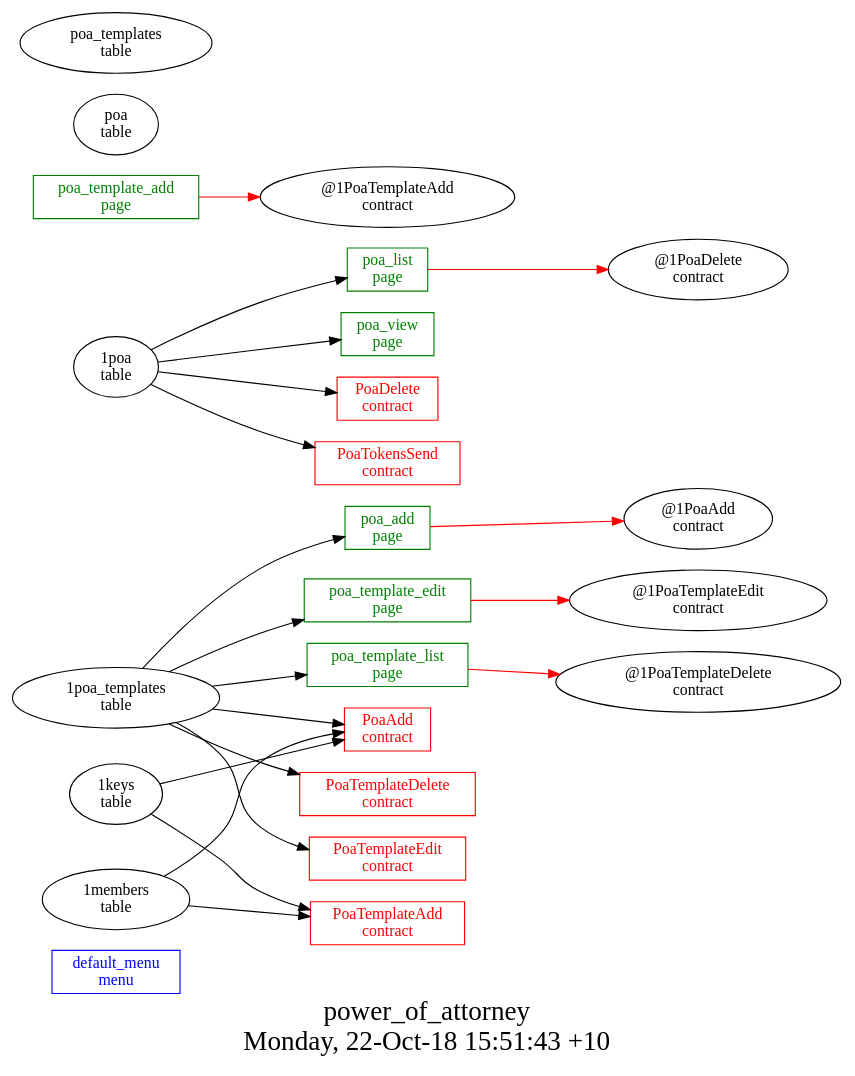
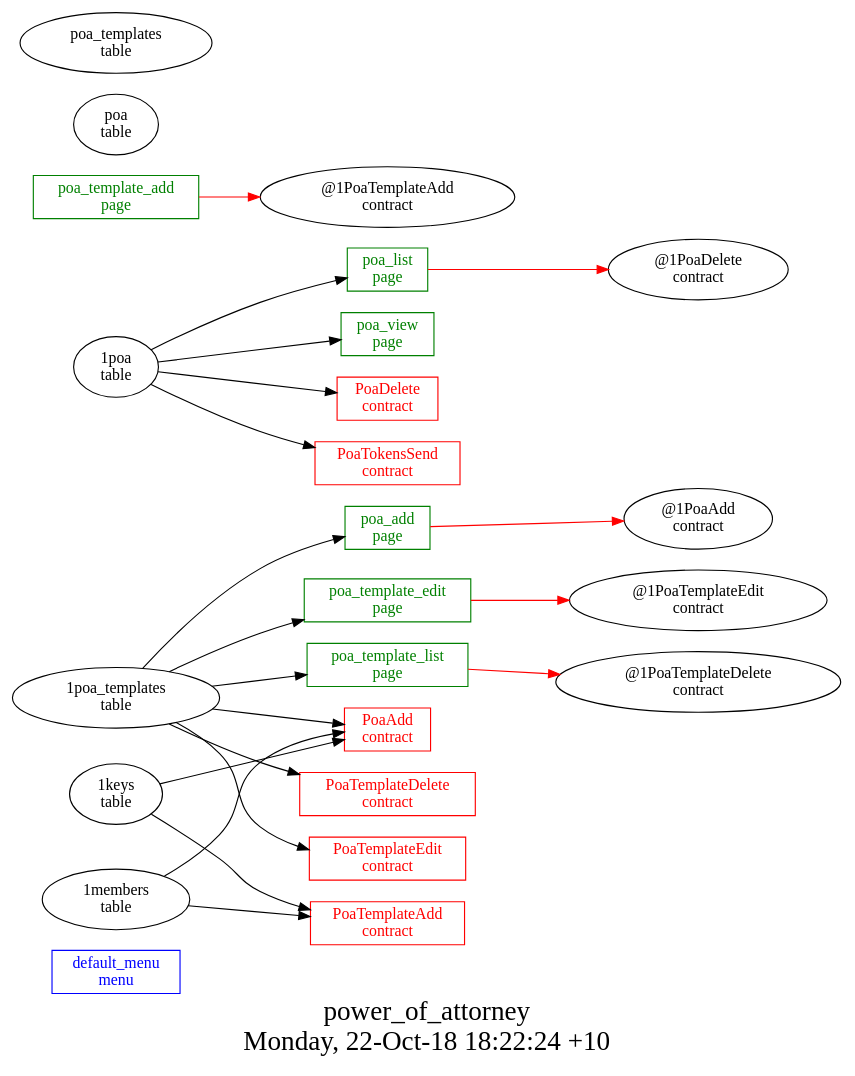
Before and after one commit to AplaProject/apps: the diagram in other/power_of_attorney/struct.dot, drawn with Graphviz. The commit also changed 25 other files, not shown here.

```diff
--- a/other/power_of_attorney/struct.dot
+++ b/other/power_of_attorney/struct.dot
@@ -1,42 +1,42 @@
 digraph G {
 fontsize="24";
-label="power_of_attorney\nMonday, 22-Oct-18 15:51:43 +10";
+label="power_of_attorney\nMonday, 22-Oct-18 18:22:24 +10";
 nojustify=true;
 ordering=out;
 rankdir=LR;
 size="30";
 "default_menu\nmenu" [color=blue, fontcolor=blue, group=menus, shape=record];
 "poa_add\npage" -> "@1PoaAdd\ncontract"  [ color=red ]
 "1poa_templates\ntable" -> "poa_add\npage"
 "poa_add\npage" [color=green, fontcolor=green, group=pages, shape=record];
 "poa_list\npage" -> "@1PoaDelete\ncontract"  [ color=red ]
 "1poa\ntable" -> "poa_list\npage"
 "poa_list\npage" [color=green, fontcolor=green, group=pages, shape=record];
 "poa_template_add\npage" -> "@1PoaTemplateAdd\ncontract"  [ color=red ]
 "poa_template_add\npage" [color=green, fontcolor=green, group=pages, shape=record];
 "poa_template_edit\npage" -> "@1PoaTemplateEdit\ncontract"  [ color=red ]
 "1poa_templates\ntable" -> "poa_template_edit\npage"
 "poa_template_edit\npage" [color=green, fontcolor=green, group=pages, shape=record];
 "poa_template_list\npage" -> "@1PoaTemplateDelete\ncontract"  [ color=red ]
 "1poa_templates\ntable" -> "poa_template_list\npage"
 "poa_template_list\npage" [color=green, fontcolor=green, group=pages, shape=record];
 "1poa\ntable" -> "poa_view\npage"
 "poa_view\npage" [color=green, fontcolor=green, group=pages, shape=record];
 "1members\ntable" -> "PoaAdd\ncontract"
 "1keys\ntable" -> "PoaAdd\ncontract"
 "1poa_templates\ntable" -> "PoaAdd\ncontract"
 "PoaAdd\ncontract" [color=red, fontcolor=red, group=contracts, shape=record];
 "1poa\ntable" -> "PoaDelete\ncontract"
 "PoaDelete\ncontract" [color=red, fontcolor=red, group=contracts, shape=record];
 "1members\ntable" -> "PoaTemplateAdd\ncontract"
 "1keys\ntable" -> "PoaTemplateAdd\ncontract"
 "PoaTemplateAdd\ncontract" [color=red, fontcolor=red, group=contracts, shape=record];
 "1poa_templates\ntable" -> "PoaTemplateDelete\ncontract"
 "PoaTemplateDelete\ncontract" [color=red, fontcolor=red, group=contracts, shape=record];
 "1poa_templates\ntable" -> "PoaTemplateEdit\ncontract"
 "PoaTemplateEdit\ncontract" [color=red, fontcolor=red, group=contracts, shape=record];
 "1poa\ntable" -> "PoaTokensSend\ncontract"
 "PoaTokensSend\ncontract" [color=red, fontcolor=red, group=contracts, shape=record];
 "poa\ntable" [color="", fontcolor="", group=tables, shape=""];
 "poa_templates\ntable" [color="", fontcolor="", group=tables, shape=""];
 }
```
